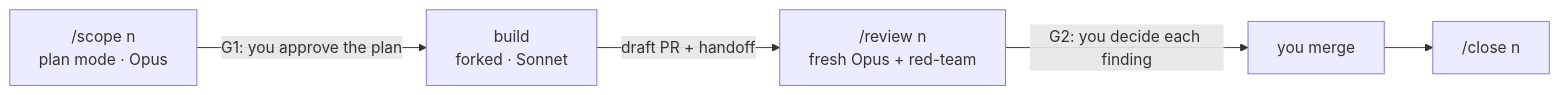
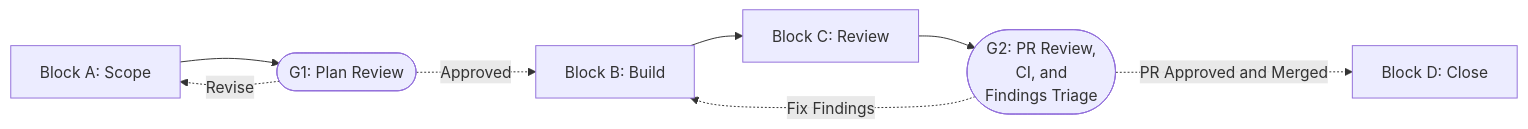
One commit to MatheusCastro99/ProdHarnessConfig changed the diagram in README.md. Above: the diagram before and after it, drawn with Mermaid. The commit also changed other lines of this file, not shown here.

````diff
--- a/README.md
+++ b/README.md
@@ -16,7 +16,27 @@
 ```mermaid
 flowchart LR
-  A["/scope n<br/>plan mode · Opus"] -->|"G1: you approve the plan"| B["build<br/>forked · Sonnet"]
-  B -->|"draft PR + handoff"| C["/review n<br/>fresh Opus + red-team"]
-  C -->|"G2: you decide each finding"| M["you merge"]
-  M --> D["/close n"]
+  %% --- BLOCK DEFINITIONS ---
+  A["Block A: Scope"]
+  B["Block B: Build"]
+  C["Block C: Review"]
+  D["Block D: Close"]
+
+  G1(["G1: Plan Review"])
+  G2(["G2: PR Review, <br/>CI, and <br/>Findings Triage"])
+
+  %% --- UPWARD GAIT LINES ---
+  A --> G1
+  C --> G2
+
+  %% --- G1 CONDITIONAL BIFURCATIONS ---
+  G1 -.->|"Revise"| A
+  G1 -.->|"Approved"| B
+
+  %% --- MAIN AUTOMATION HANDOFF ---
+  B --> C
+
+  %% --- G2 CONDITIONAL BIFURCATIONS ---
+  G2 -.->|"Fix Findings"| B
+  G2 -.->|"PR Approved and Merged"| D
+
 ```
````
